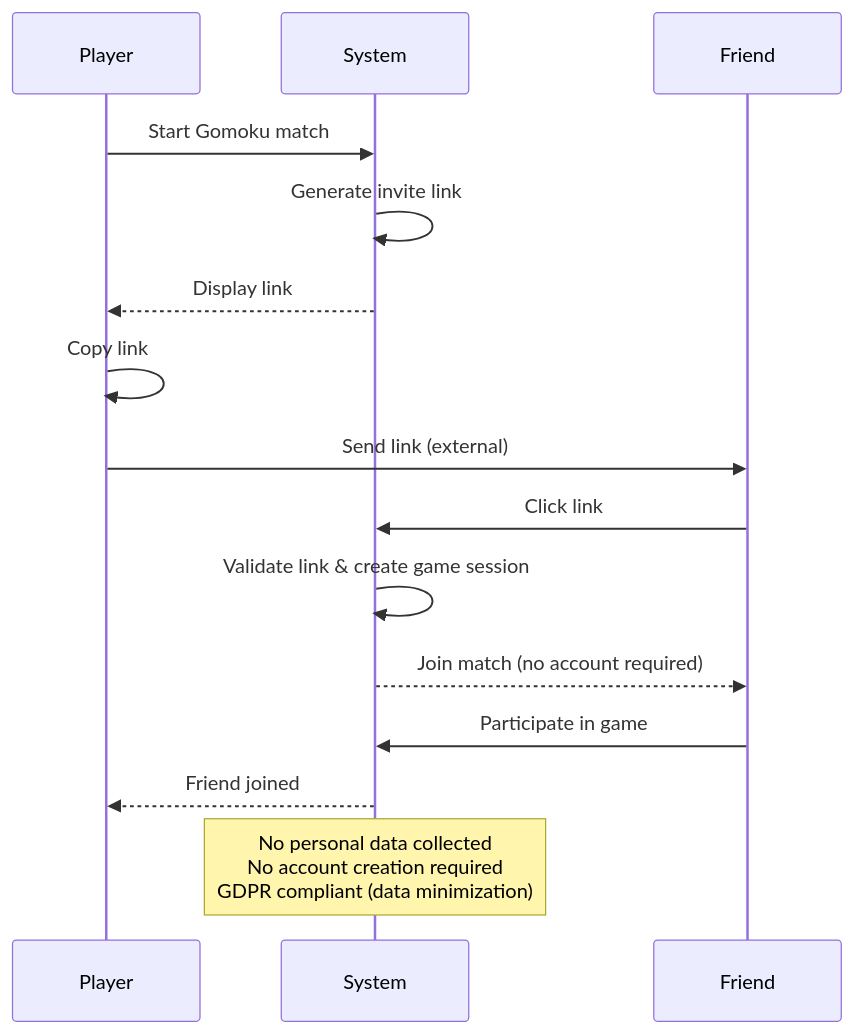
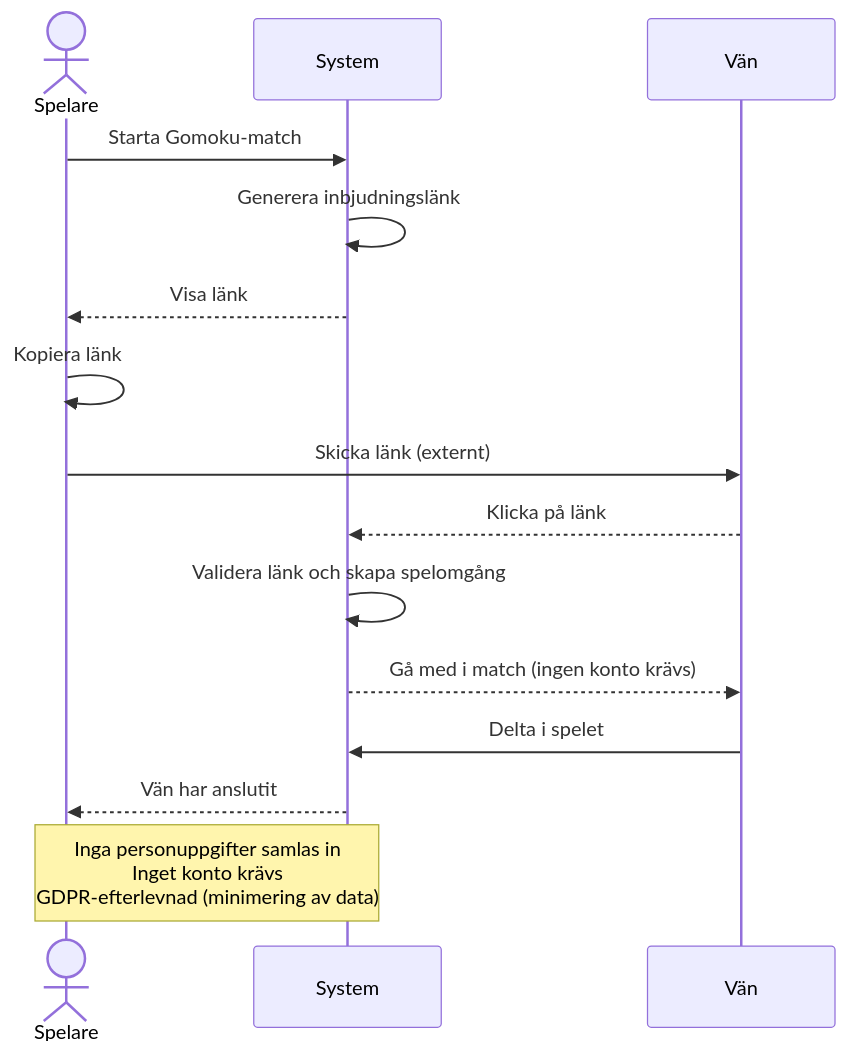
One commit to Abdelmassih-Ibrahim/GomokuProjektTeam4 changed the third of 3 diagrams in Docs-Krav-och-use-cases/Gomoku-krav/07-use-cases-overview.md. Above: the diagram before and after it, drawn with Mermaid.

Commit message:
rättat till bjud in vän via länk diagrammet så att det står på svenska

````diff
--- a/Docs-Krav-och-use-cases/Gomoku-krav/07-use-cases-overview.md
+++ b/Docs-Krav-och-use-cases/Gomoku-krav/07-use-cases-overview.md
@@ -78,18 +78,19 @@
 ```mermaid
 sequenceDiagram
-    participant Player as Player
-    participant System as System
-    participant Friend as Friend
+    actor Spelare
+    participant System
+    participant Vän
 
-    Player->>System: Start Gomoku match
-    System->>System: Generate invite link
-    System-->>Player: Display link
-    Player->>Player: Copy link
-    Player->>Friend: Send link (external)
-    Friend->>System: Click link
-    System->>System: Validate link & create game session
-    System-->>Friend: Join match (no account required)
-    Friend->>System: Participate in game
-    System-->>Player: Friend joined
-    Note over System: No personal data collected<br/>No account creation required<br/>GDPR compliant (data minimization)
+    Spelare->>System: Starta Gomoku-match
+    System->>System: Generera inbjudningslänk
+    System-->>Spelare: Visa länk
+    Spelare->>Spelare: Kopiera länk
+    Spelare->>Vän: Skicka länk (externt)
+    Vän-->>System: Klicka på länk
+    System->>System: Validera länk och skapa spelomgång
+    System-->>Vän: Gå med i match (ingen konto krävs)
+    Vän->>System: Delta i spelet
+    System-->>Spelare: Vän har anslutit
+
+    Note over Spelare,System: Inga personuppgifter samlas in<br/>Inget konto krävs<br/>GDPR-efterlevnad (minimering av data)
 ```
````
